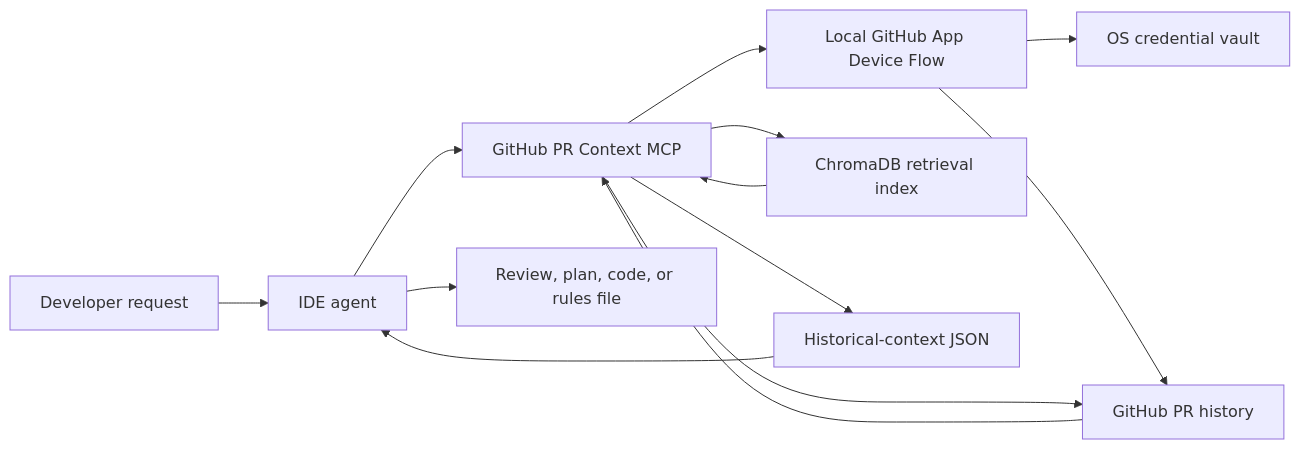
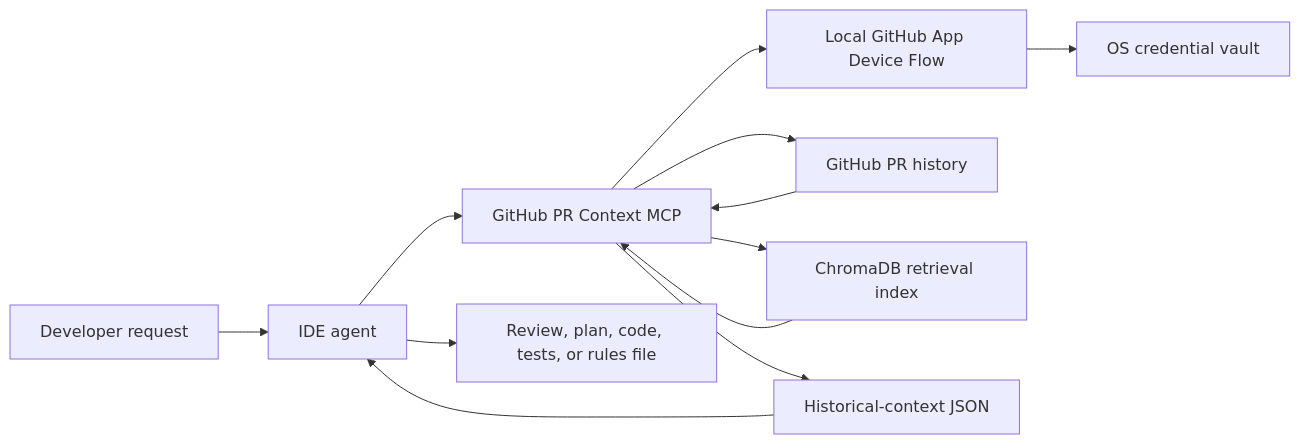
The diagram in README.md (paarths-collab/github-pr-context-mcp), drawn with Mermaid before and after one commit. The commit also changed other lines of this file, not shown here.

````diff
--- a/README.md
+++ b/README.md
@@ -14,15 +14,14 @@
 ```mermaid
 flowchart LR
     U["Developer request"] --> A["IDE agent"]
     A --> M["GitHub PR Context MCP"]
     M --> AU["Local GitHub App Device Flow"]
     AU --> K["OS credential vault"]
-    AU --> G["GitHub PR history"]
     M --> G["GitHub PR history"]
     G --> M
     M --> V["ChromaDB retrieval index"]
     V --> M
     M --> J["Historical-context JSON"]
     J --> A
-    A --> O["Review, plan, code, or rules file"]
+    A --> O["Review, plan, code, tests, or rules file"]
 ```
````
